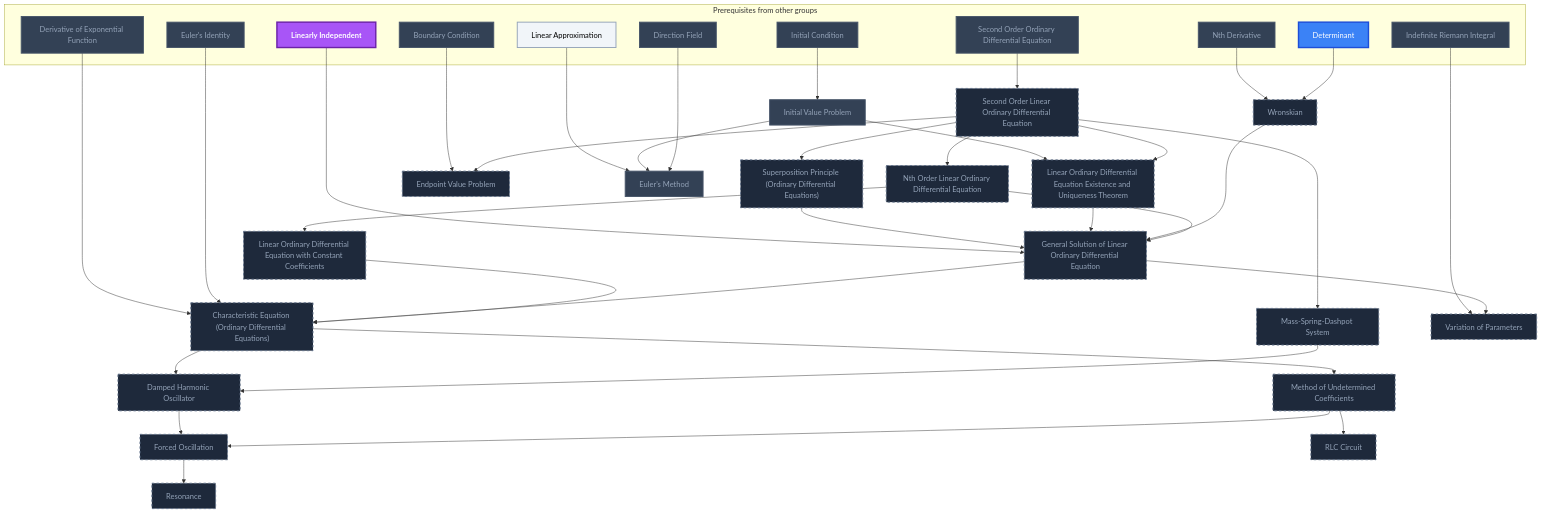
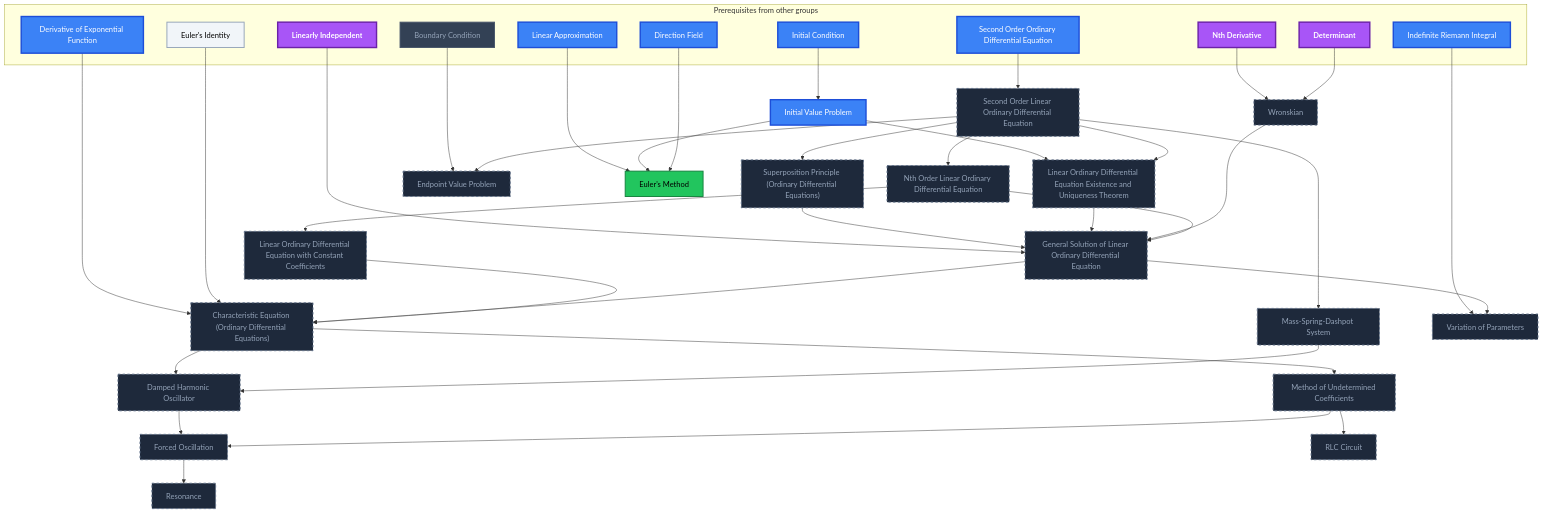
One commit to MRauf1/My-Notes changed the second of 7 diagrams in Gamification/Skill Trees/Ordinary Differential Equations.md. Above: the diagram before and after it, drawn with Mermaid. The commit also changed other lines of this file and 145 other files, not shown here.

````diff
--- a/Gamification/Skill Trees/Ordinary Differential Equations.md
+++ b/Gamification/Skill Trees/Ordinary Differential Equations.md
@@ -160,9 +160,10 @@
     n_initial_value_problem --> n_euler_s_method
     n_direction_field --> n_euler_s_method
     class n_second_order_linear_ordinary_differential_equation,n_superposition_principle_ordinary_differential_equations,n_linear_ordinary_differential_equation_existence_and_uniqueness_theorem,n_wronskian,n_nth_order_linear_ordinary_differential_equation,n_general_solution_of_linear_ordinary_differential_equation,n_linear_ordinary_differential_equation_with_constant_coefficients,n_characteristic_equation_ordinary_differential_equations,n_mass_spring_dashpot_system,n_damped_harmonic_oscillator,n_method_of_undetermined_coefficients,n_variation_of_parameters,n_forced_oscillation,n_resonance,n_rlc_circuit,n_endpoint_value_problem planned;
-    class n_second_order_ordinary_differential_equation,n_nth_derivative,n_derivative_of_exponential_function,n_euler_s_identity,n_indefinite_riemann_integral,n_boundary_condition,n_initial_condition,n_direction_field,n_initial_value_problem,n_euler_s_method locked;
-    class n_linear_approximation L0;
-    class n_determinant L2;
-    class n_linearly_independent L3;
+    class n_boundary_condition locked;
+    class n_euler_s_identity L0;
+    class n_euler_s_method L1;
+    class n_second_order_ordinary_differential_equation,n_derivative_of_exponential_function,n_indefinite_riemann_integral,n_initial_condition,n_linear_approximation,n_direction_field,n_initial_value_problem L2;
+    class n_nth_derivative,n_determinant,n_linearly_independent L3;
     class n_second_order_ordinary_differential_equation,n_nth_derivative,n_determinant,n_linearly_independent,n_derivative_of_exponential_function,n_euler_s_identity,n_indefinite_riemann_integral,n_boundary_condition,n_initial_condition,n_linear_approximation,n_direction_field,n_initial_value_problem,n_euler_s_method internal-link;
 ```
````
